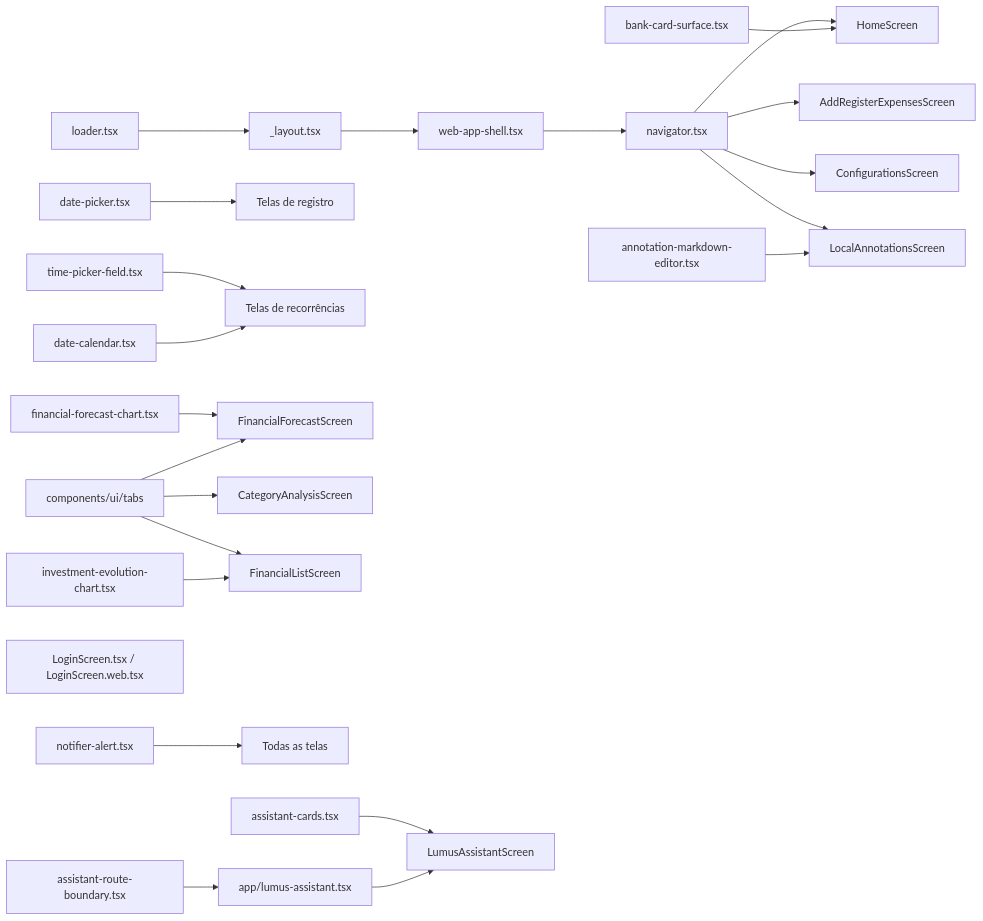
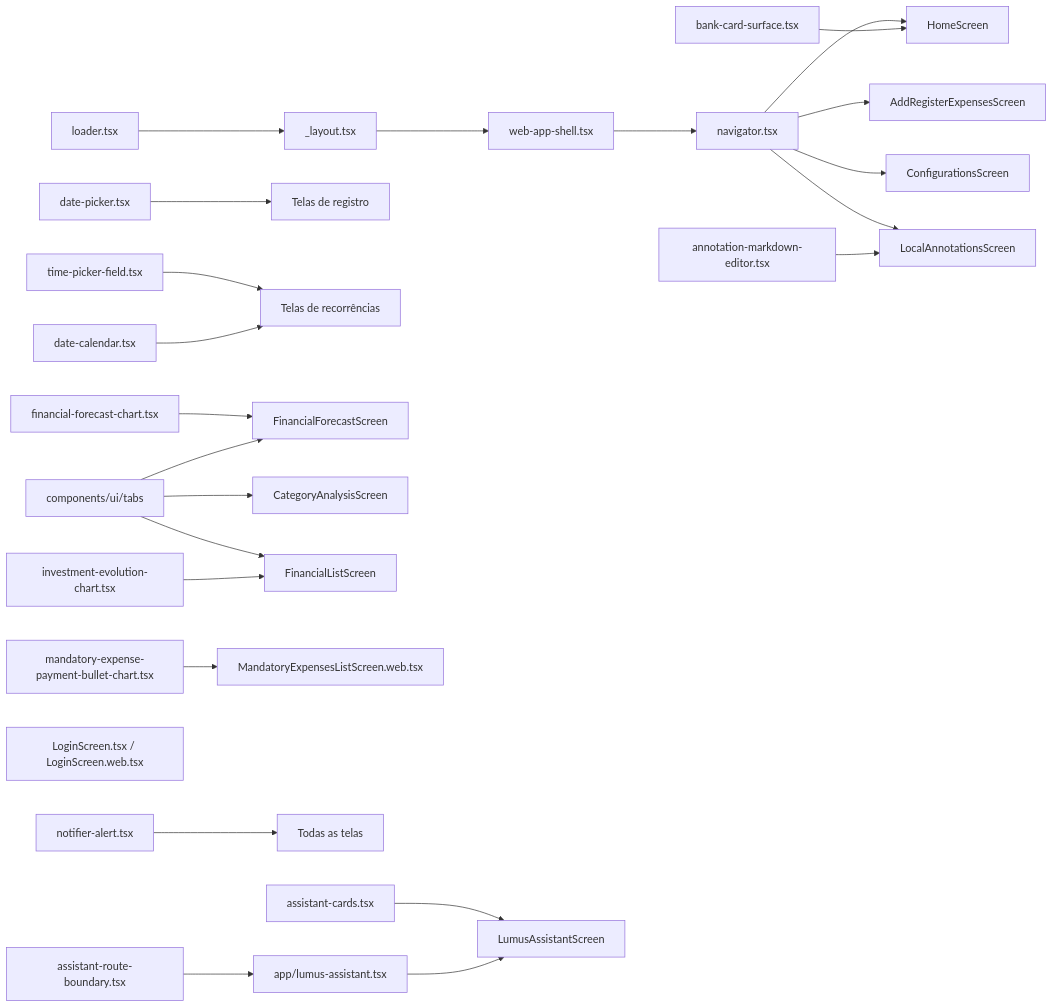
The diagram in Arquitetura/Componentes UI.md (gabrielmazz/finances-app), drawn with Mermaid before and after one commit. The commit also changed other lines of this file and 149 other files, not shown here.

````diff
--- a/Arquitetura/Componentes UI.md
+++ b/Arquitetura/Componentes UI.md
@@ -86,25 +115,26 @@
 ```mermaid
 graph LR
     NAV[navigator.tsx] --> HOME[HomeScreen]
     LAYOUT["app-root.tsx"] --> WSH[web-app-shell.tsx]
     WSH --> NAV
     NAV --> CTRL[AddRegisterExpensesScreen]
     NAV --> CFG[ConfigurationsScreen]
     NAV --> ANS[LocalAnnotationsScreen]
     AME[annotation-markdown-editor.tsx] --> ANS
     BCS[bank-card-surface.tsx] --> HOME
     DP[date-picker.tsx] --> REG[Telas de registro]
     TP[time-picker-field.tsx] --> MAN[Telas de recorrências]
     FFC[financial-forecast-chart.tsx] --> FFS[FinancialForecastScreen]
     TABS[components/ui/tabs] --> FFS
     TABS --> CAS[CategoryAnalysisScreen]
     TABS --> FLS[FinancialListScreen]
     IEC[investment-evolution-chart.tsx] --> FLS[FinancialListScreen]
     DC[date-calendar.tsx] --> MAN[Telas de recorrências]
+    PEBC[mandatory-expense-payment-bullet-chart.tsx] --> MEL[MandatoryExpensesListScreen.web.tsx]
     NA[notifier-alert.tsx] --> ALL[Todas as telas]
     LOG[LoginScreen.tsx / LoginScreen.web.tsx]
     LDR[loader.tsx] --> LAYOUT["_layout.tsx"]
     LAC[assistant-cards.tsx] --> LAS[LumusAssistantScreen]
     ARB[assistant-route-boundary.tsx] --> LAR[app/lumus-assistant.tsx]
     LAR --> LAS
 ```
````
